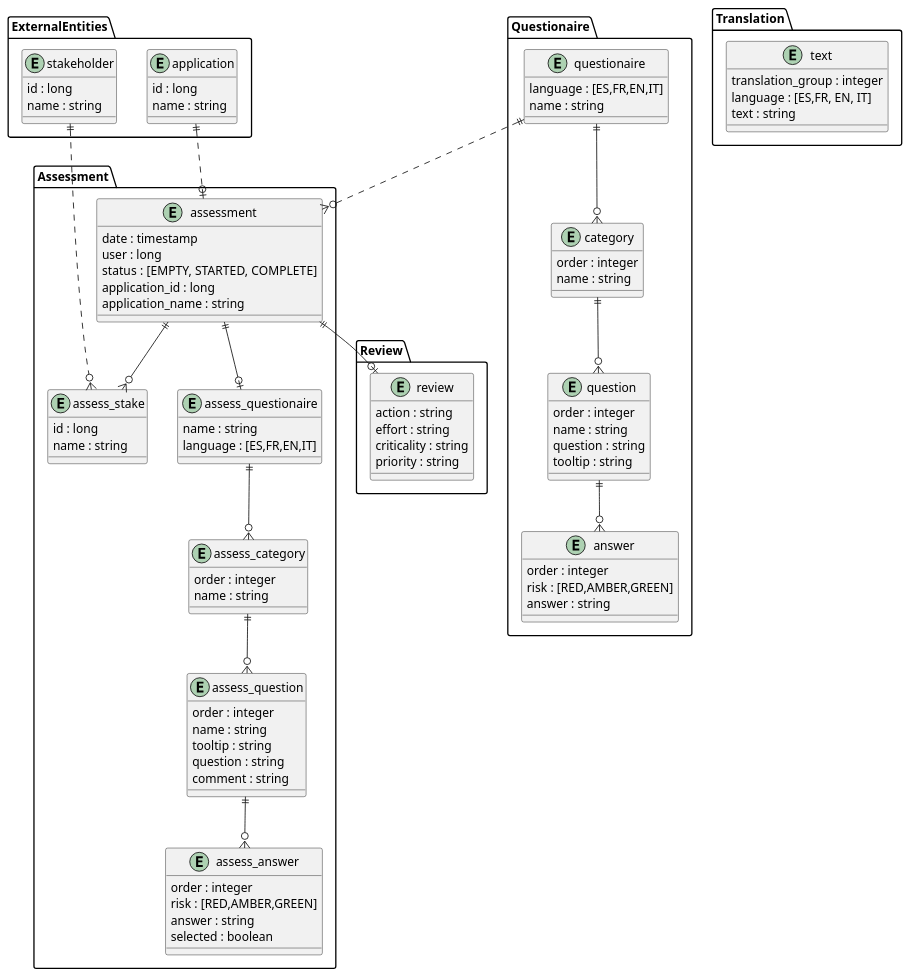
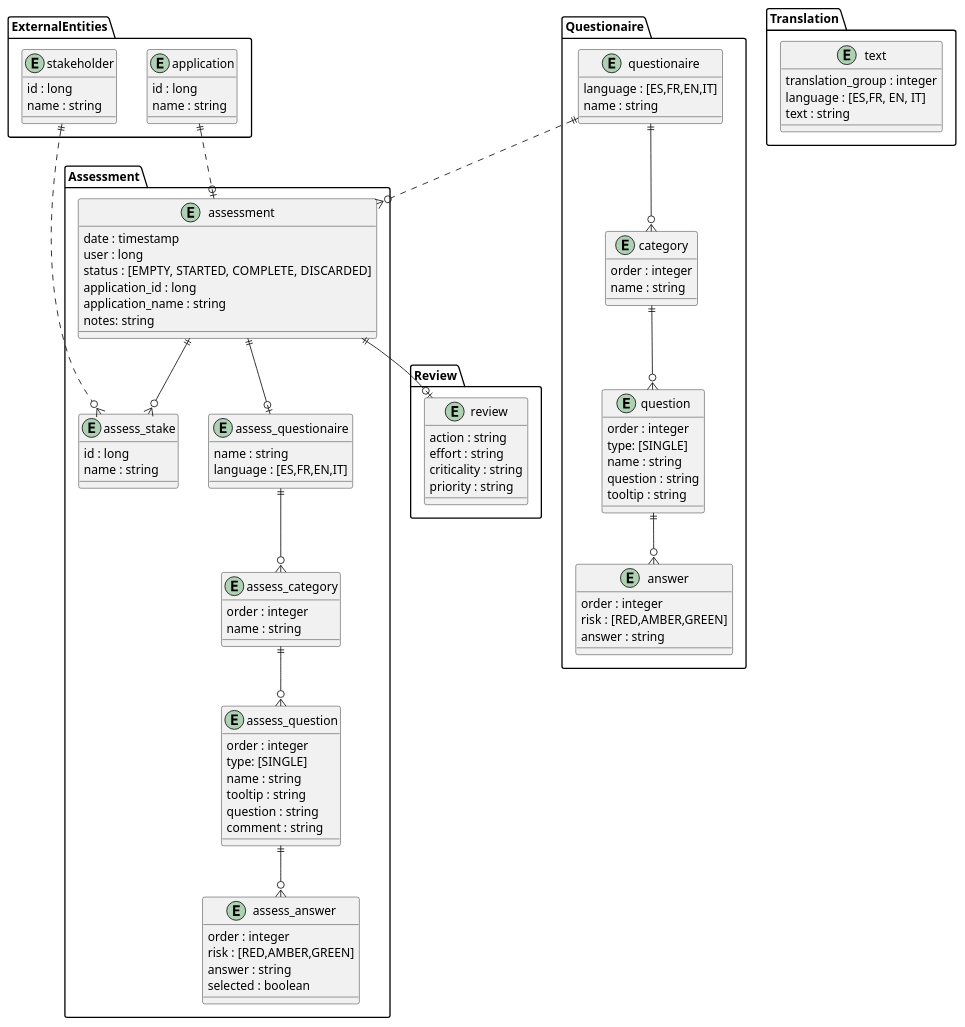
Before and after one commit to konveyor/tackle-pathfinder: the diagram in doc/diagrams/src/classes.model.plantuml, drawn with PlantUML. The commit also changed 22 other files, not shown here.

Commit message:
Refactored DTOs and diagram

```diff
--- a/doc/diagrams/src/classes.model.plantuml
+++ b/doc/diagrams/src/classes.model.plantuml
@@ -1,106 +1,109 @@
 @startuml "Model"
 
 package ExternalEntities {
     entity stakeholder {
         id : long
         name : string
     }
     entity application {
         id : long
         name : string
     }
 }
 
 package Assessment {
 
     entity assessment {
         date : timestamp
         user : long
-        status : [EMPTY, STARTED, COMPLETE]
+        status : [EMPTY, STARTED, COMPLETE, DISCARDED]
         application_id : long
         application_name : string
+        notes: string
     }
     entity assess_questionaire {
         name : string
         language : [ES,FR,EN,IT]
     }
     entity assess_category {
         order : integer
         name : string
     }
     entity assess_question {
         order : integer
+        type: [SINGLE]
         name : string
         tooltip : string
         question : string
         comment : string
     }
 
     entity assess_answer {
         order : integer
         risk : [RED,AMBER,GREEN]
         answer : string
         selected : boolean
     }
 
     entity assess_stake {
         id : long
         name : string
     }
     assess_questionaire ||--o{ assess_category
     assess_category ||--o{ assess_question
     assess_question ||--o{ assess_answer
     assessment ||--o| assess_questionaire
 
 }
 package Review {
     entity review {
         action : string
         effort : string
         criticality : string
         priority : string
     }
 }
 
 package Questionaire {
     entity questionaire {
         language : [ES,FR,EN,IT]
         name : string
     }
     entity category {
         order : integer
         name : string
     }
     entity question {
         order : integer
+        type: [SINGLE]
         name : string
         question : string
         tooltip : string
     }
     entity answer {
         order : integer
         risk : [RED,AMBER,GREEN]
         answer : string
     }
     questionaire ||--o{ category
     category ||--o{ question
     question ||--o{ answer
 }
 
 package Translation {
     entity text {
         translation_group : integer
         language : [ES,FR, EN, IT]
         text : string
     }
 }
 
 assessment ||--o{ assess_stake
 assessment ||--o| review
 
 application ||..o| assessment
 stakeholder ||..o{ assess_stake
 
 questionaire ||..o{ assessment
 
 @enduml
```
